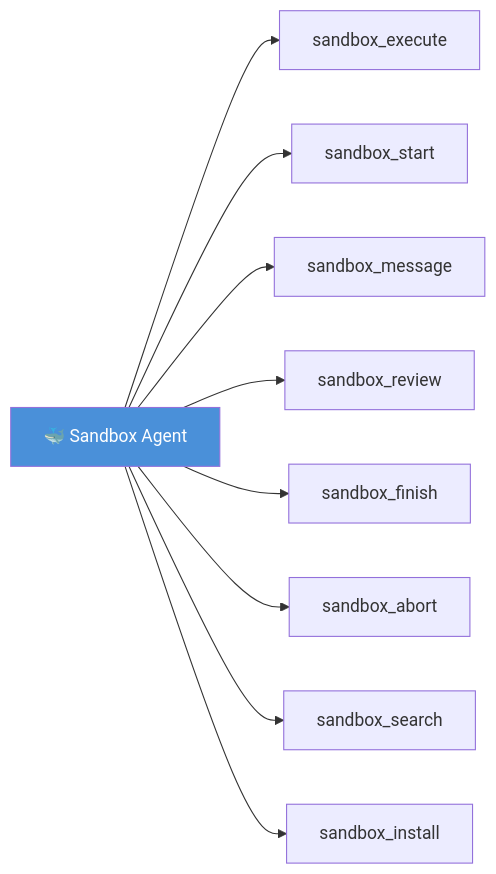
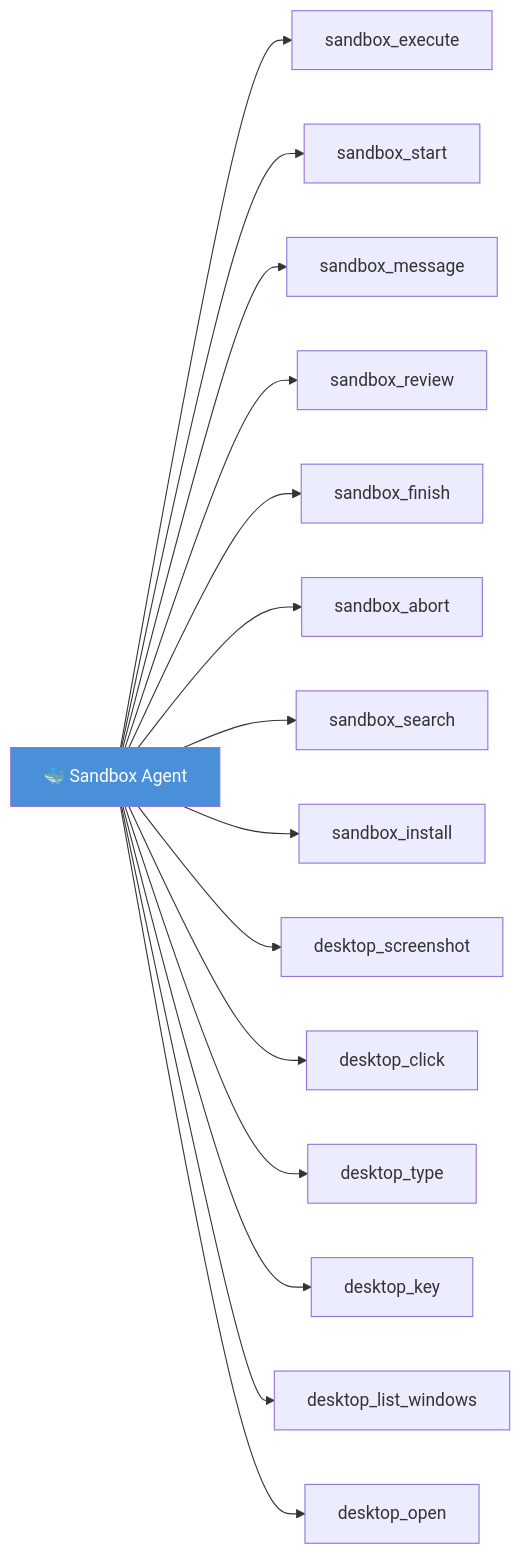
The third of 8 diagrams in docs/architecture/hub-and-spoke.md (praxagent/prax), drawn with Mermaid before and after one commit. The commit also changed other lines of this file and 54 other files, not shown here.

````diff
--- a/docs/architecture/hub-and-spoke.md
+++ b/docs/architecture/hub-and-spoke.md
@@ -62,12 +63,18 @@
 ```mermaid
 graph LR
     Sandbox["🐳 Sandbox Agent"] --> exec["sandbox_execute"]
     Sandbox --> start["sandbox_start"]
     Sandbox --> msg["sandbox_message"]
     Sandbox --> review["sandbox_review"]
     Sandbox --> finish["sandbox_finish"]
     Sandbox --> abort["sandbox_abort"]
     Sandbox --> search["sandbox_search"]
     Sandbox --> install["sandbox_install"]
+    Sandbox --> dshot["desktop_screenshot"]
+    Sandbox --> dclick["desktop_click"]
+    Sandbox --> dtype["desktop_type"]
+    Sandbox --> dkey["desktop_key"]
+    Sandbox --> dwin["desktop_list_windows"]
+    Sandbox --> dopen["desktop_open"]
     style Sandbox fill:#4A90D9,color:#fff
 ```
````
